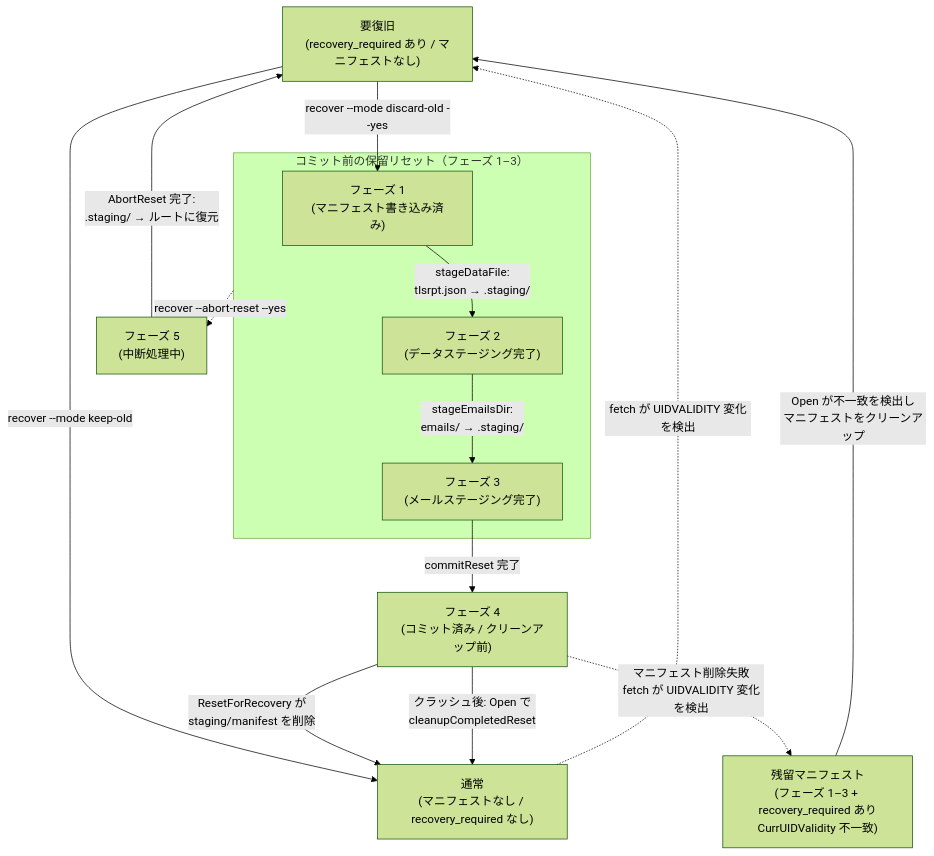
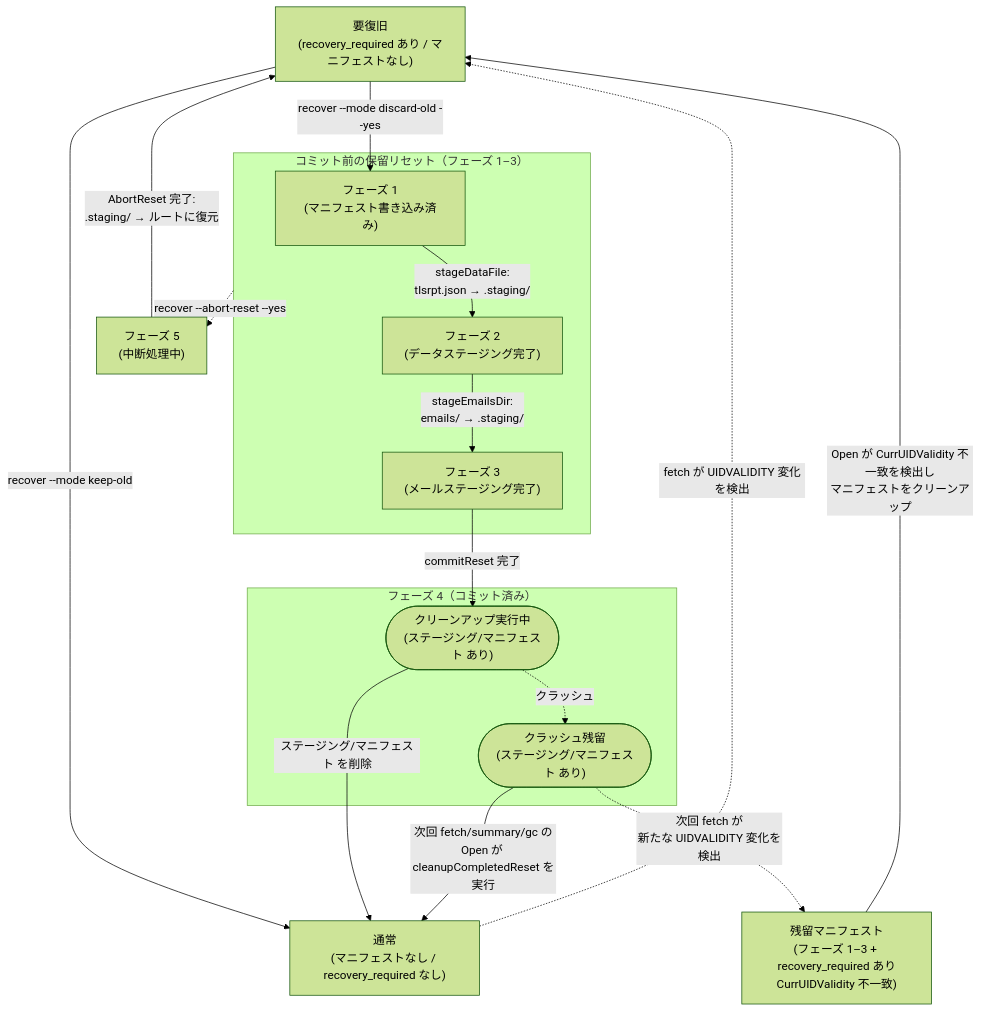
One commit to isseis/tlsrpt-digest changed the diagram in docs/dev/adr/0003_reset_phase_design.ja.md. Above: the diagram before and after it, drawn with Mermaid (forest theme). The commit also changed other lines of this file, not shown here.

Commit message:
docs(adr): revise phase-4 state transition diagram in ADR-0003
Split phase 4 into two stadium-shaped nodes (P4a: cleanup in progress,
P4b: crash leftover) to clarify the two exit paths from the committed
state: the no-crash path where executeResetFromManifest removes
staging/manifest inline, and the crash-recovery path where the next
fetch/summary/gc's Open runs cleanupCompletedReset.

Also unify manifest/マニフェスト notation in diagram labels.

````diff
--- a/docs/dev/adr/0003_reset_phase_design.ja.md
+++ b/docs/dev/adr/0003_reset_phase_design.ja.md
@@ -89,28 +89,33 @@
 ```mermaid
 flowchart TD
     RR["要復旧<br>(recovery_required あり / マニフェストなし)"]
     P5["フェーズ 5<br>(中断処理中)"]
 
     subgraph PendingReset["コミット前の保留リセット（フェーズ 1–3）"]
         P1["フェーズ 1<br>(マニフェスト書き込み済み)"]
         P2["フェーズ 2<br>(データステージング完了)"]
         P3["フェーズ 3<br>(メールステージング完了)"]
     end
 
-    P4["フェーズ 4<br>(コミット済み / クリーンアップ前)"]
+    subgraph Phase4["フェーズ 4（コミット済み）"]
+        P4a(["クリーンアップ実行中<br>(ステージング/マニフェスト あり)"])
+        P4b(["クラッシュ残留<br>(ステージング/マニフェスト あり)"])
+    end
+
     StaleM["残留マニフェスト<br>(フェーズ 1–3 + recovery_required あり<br>CurrUIDValidity 不一致)"]
     Normal["通常<br>(マニフェストなし / recovery_required なし)"]
 
     RR -->|"recover --mode keep-old"| Normal
     RR -->|"recover --mode discard-old --yes"| P1
     P1 -->|"stageDataFile:<br>tlsrpt.json → .staging/"| P2
     P2 -->|"stageEmailsDir:<br>emails/ → .staging/"| P3
-    P3 -->|"commitReset 完了"| P4
-    P4 -.->|"マニフェスト削除失敗<br>fetch が UIDVALIDITY 変化を検出"| StaleM
-    P4 -->|"ResetForRecovery が<br>staging/manifest を削除"| Normal
-    P4 -->|"クラッシュ後: Open で<br>cleanupCompletedReset"| Normal
-    StaleM -->|"Open が不一致を検出し<br>マニフェストをクリーンアップ"| RR
+    P3 -->|"commitReset 完了"| P4a
+    P4a -->|"ステージング/マニフェスト を削除"| Normal
+    P4a -.->|"クラッシュ"| P4b
+    P4b -->|"次回 fetch/summary/gc の<br>Open が cleanupCompletedReset を実行"| Normal
+    P4b -.->|"次回 fetch が<br>新たな UIDVALIDITY 変化を検出"| StaleM
+    StaleM -->|"Open が CurrUIDValidity 不一致を検出し<br>マニフェストをクリーンアップ"| RR
     PendingReset -.->|"recover --abort-reset --yes"| P5
     P5 -->|"AbortReset 完了:<br>.staging/ → ルートに復元"| RR
     Normal -.->|"fetch が UIDVALIDITY 変化を検出"| RR
 ```
````
